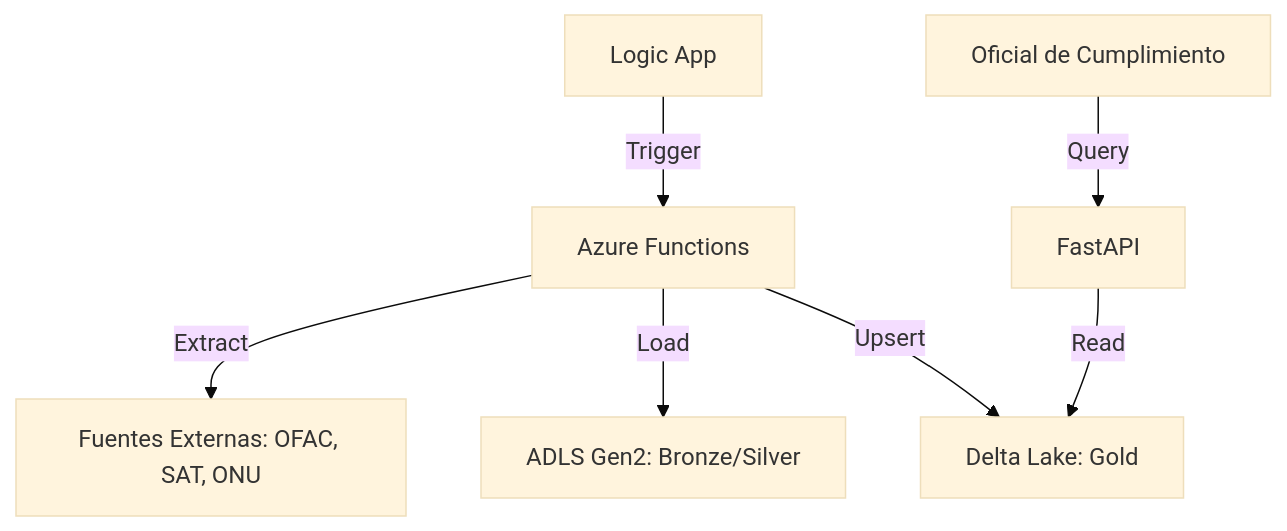
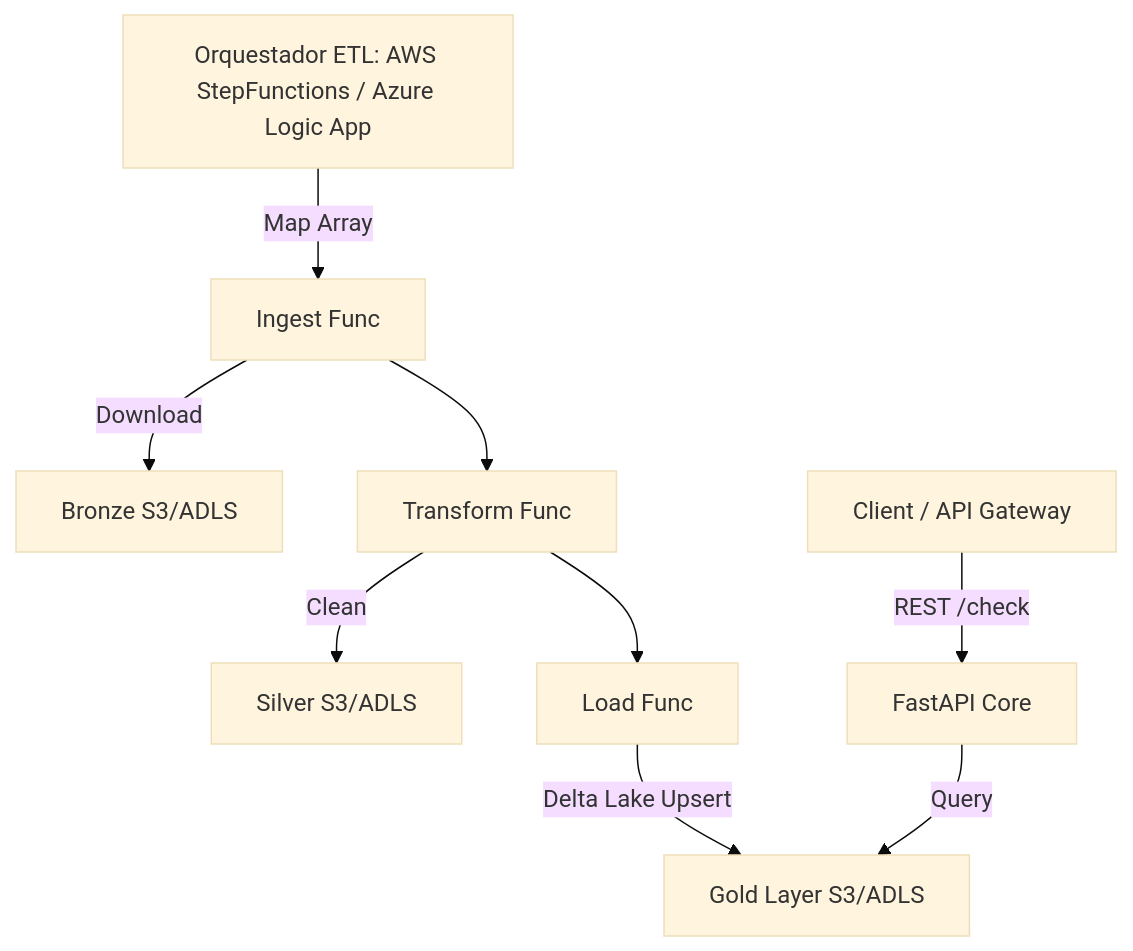
One commit to reines-dev/azure-compliance-delta-lake changed the diagram in README.md. Above: the diagram before and after it, drawn with Mermaid (base theme). The commit also changed other lines of this file and 57 other files, not shown here.

First line of the commit message:
feat: refactor to Hexagonal Multi-Cloud architecture (AWS/Azure) and enhance search precision

````diff
--- a/README.md
+++ b/README.md
@@ -22,9 +18,12 @@
 ```mermaid
 graph TD
-    A[Logic App] -->|Trigger| B[Azure Functions]
-    B -->|Extract| C[Fuentes Externas: OFAC, SAT, ONU]
-    B -->|Load| D[ADLS Gen2: Bronze/Silver]
-    B -->|Upsert| E[Delta Lake: Gold]
-    F[Oficial de Cumplimiento] -->|Query| G[FastAPI]
-    G -->|Read| E
+    Trigger[Orquestador ETL: AWS StepFunctions / Azure Logic App] -->|Map Array| Ingest[Ingest Func]
+    Ingest -->|Download| Bronce[Bronze S3/ADLS]
+    Ingest --> Transform[Transform Func]
+    Transform -->|Clean| Silver[Silver S3/ADLS]
+    Transform --> Load[Load Func]
+    Load -->|Delta Lake Upsert| Gold[Gold Layer S3/ADLS]
+    
+    API[Client / API Gateway] -->|REST /check| FastAPI[FastAPI Core]
+    FastAPI -->|Query| Gold
 ```
````
